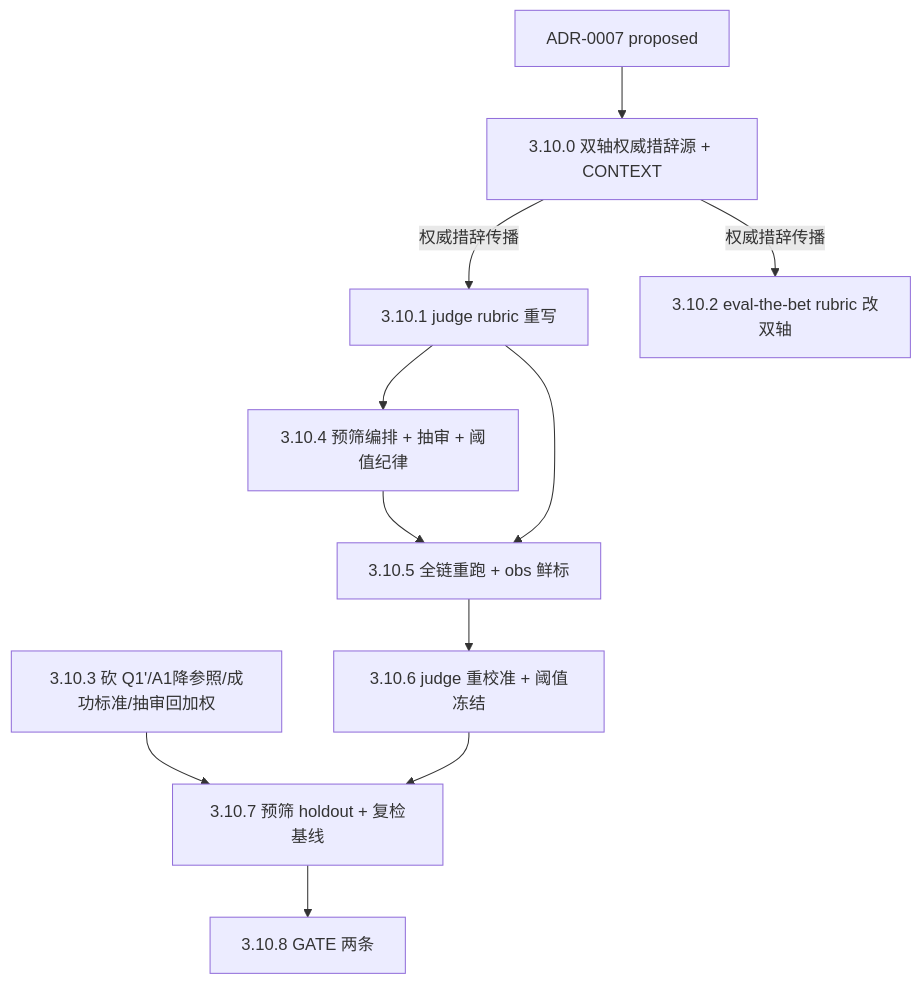
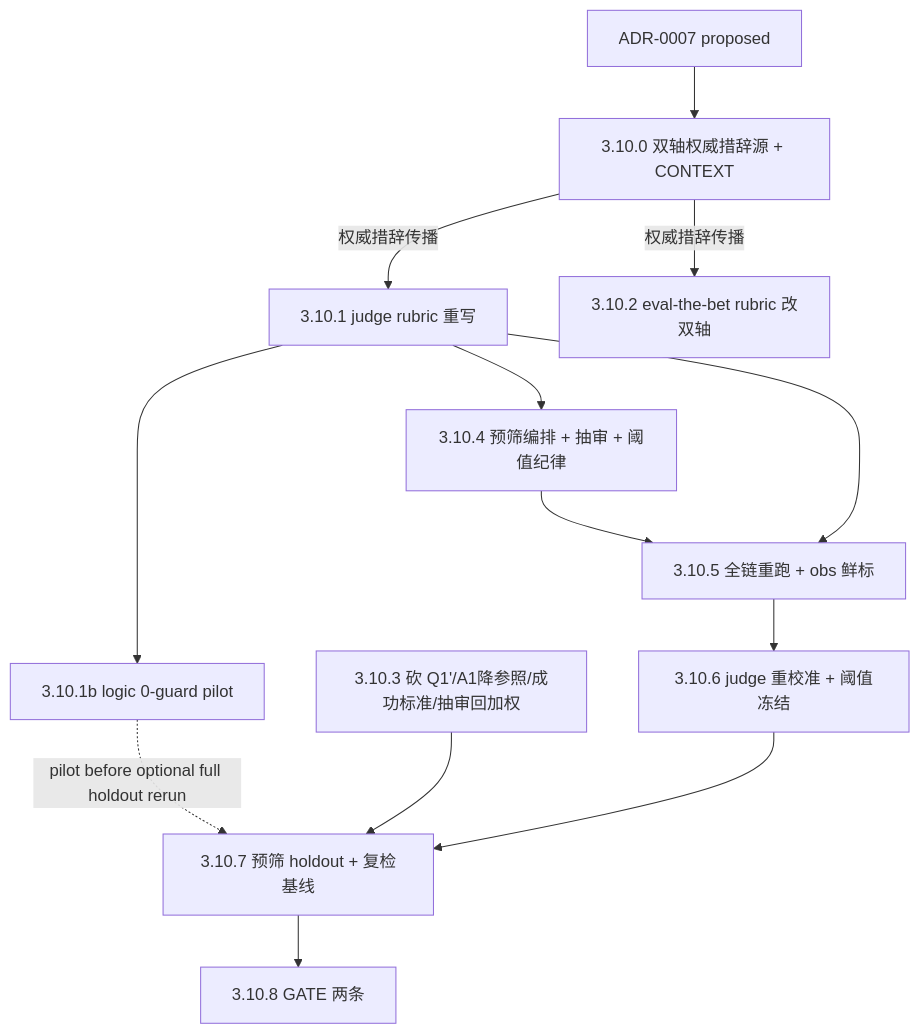
One commit to XYBuilds/themoviecosmos-daily-stargazing changed the diagram in .cursor/plans/Phase3.10-logic-resonance-and-judge-prescreen.plan.md. Above: the diagram before and after it, drawn with Mermaid. The commit also changed other lines of this file and 1 other file, not shown here.

````diff
--- a/.cursor/plans/Phase3.10-logic-resonance-and-judge-prescreen.plan.md
+++ b/.cursor/plans/Phase3.10-logic-resonance-and-judge-prescreen.plan.md
@@ -54,21 +57,24 @@
 ```mermaid
 flowchart TD
   ADR7["ADR-0007 proposed"]
   T0["3.10.0 双轴权威措辞源 + CONTEXT"]
   T1["3.10.1 judge rubric 重写"]
+  T1b["3.10.1b logic 0-guard pilot"]
   T2["3.10.2 eval-the-bet rubric 改双轴"]
   T3["3.10.3 砍 Q1'/A1降参照/成功标准/抽审回加权"]
   T4["3.10.4 预筛编排 + 抽审 + 阈值纪律"]
   T5["3.10.5 全链重跑 + obs 鲜标"]
   T6["3.10.6 judge 重校准 + 阈值冻结"]
   T7["3.10.7 预筛 holdout + 复检基线"]
   T8["3.10.8 GATE 两条"]
   ADR7 --> T0
   T0 -->|权威措辞传播| T1
   T0 -->|权威措辞传播| T2
+  T1 --> T1b
+  T1b -.->|pilot before optional full holdout rerun| T7
   T1 --> T4
   T3 --> T7
   T4 --> T5
   T1 --> T5
   T5 --> T6 --> T7 --> T8
 ```
````
